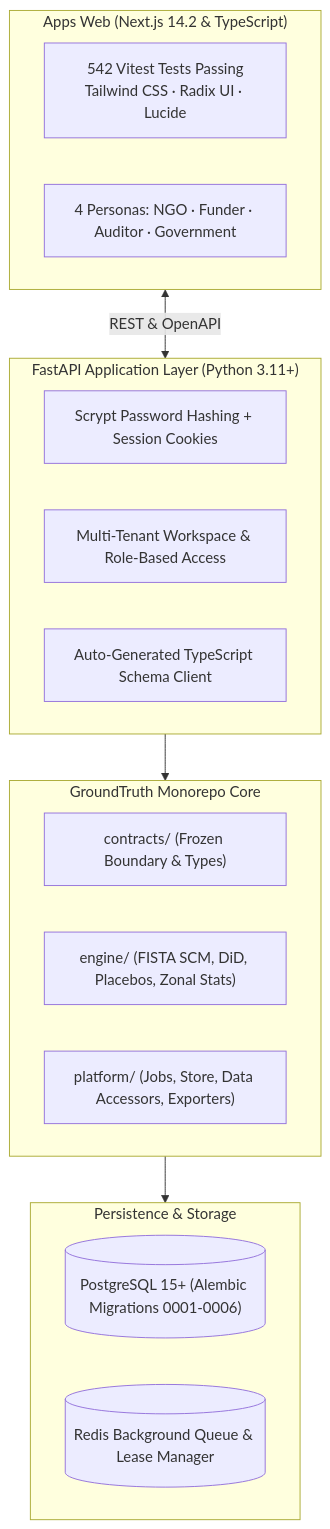
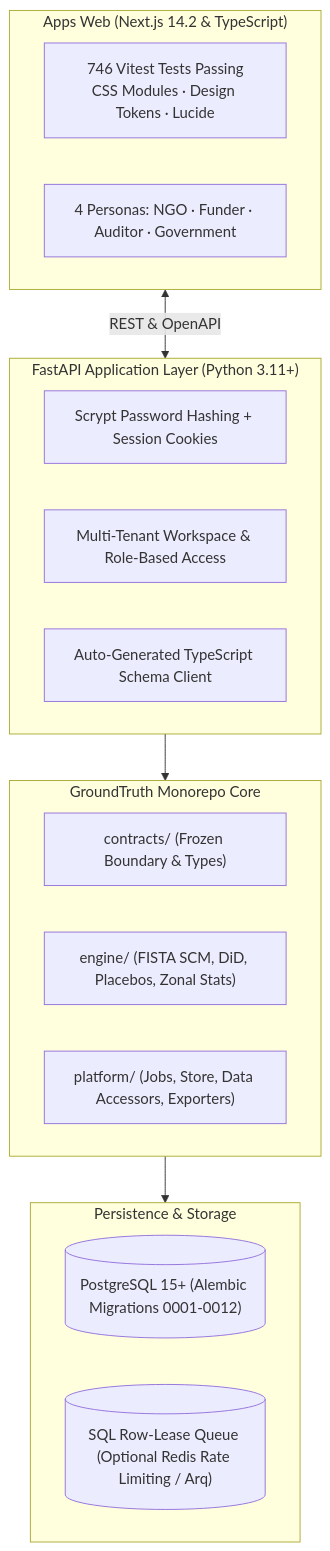
The seventh of 7 diagrams in README.md (Viraj281105/GroundTruth), drawn with Mermaid before and after one commit. The commit also changed other lines of this file and 71 other files, not shown here.

````diff
--- a/README.md
+++ b/README.md
@@ -222,28 +218,28 @@
 ```mermaid
 flowchart TB
     subgraph Frontend["Apps Web (Next.js 14.2 & TypeScript)"]
-        UI["542 Vitest Tests Passing<br/>Tailwind CSS · Radix UI · Lucide"]
+        UI["746 Vitest Tests Passing<br/>CSS Modules · Design Tokens · Lucide"]
         PersonaUI["4 Personas: NGO · Funder · Auditor · Government"]
     end
 
     subgraph API["FastAPI Application Layer (Python 3.11+)"]
         Auth["Scrypt Password Hashing + Session Cookies"]
         RBAC["Multi-Tenant Workspace & Role-Based Access"]
         OpenAPI["Auto-Generated TypeScript Schema Client"]
     end
 
     subgraph Core["GroundTruth Monorepo Core"]
         Contracts["contracts/ (Frozen Boundary & Types)"]
         Engine["engine/ (FISTA SCM, DiD, Placebos, Zonal Stats)"]
         Platform["platform/ (Jobs, Store, Data Accessors, Exporters)"]
     end
 
     subgraph DB["Persistence & Storage"]
-        PG[("PostgreSQL 15+ (Alembic Migrations 0001-0006)")]
-        Redis[("Redis Background Queue & Lease Manager")]
+        PG[("PostgreSQL 15+ (Alembic Migrations 0001-0012)")]
+        WorkerQ[("SQL Row-Lease Queue (Optional Redis Rate Limiting / Arq)")]
     end
 
     Frontend <-->|REST & OpenAPI| API
     API --> Core
     Core --> DB
 ```
````
